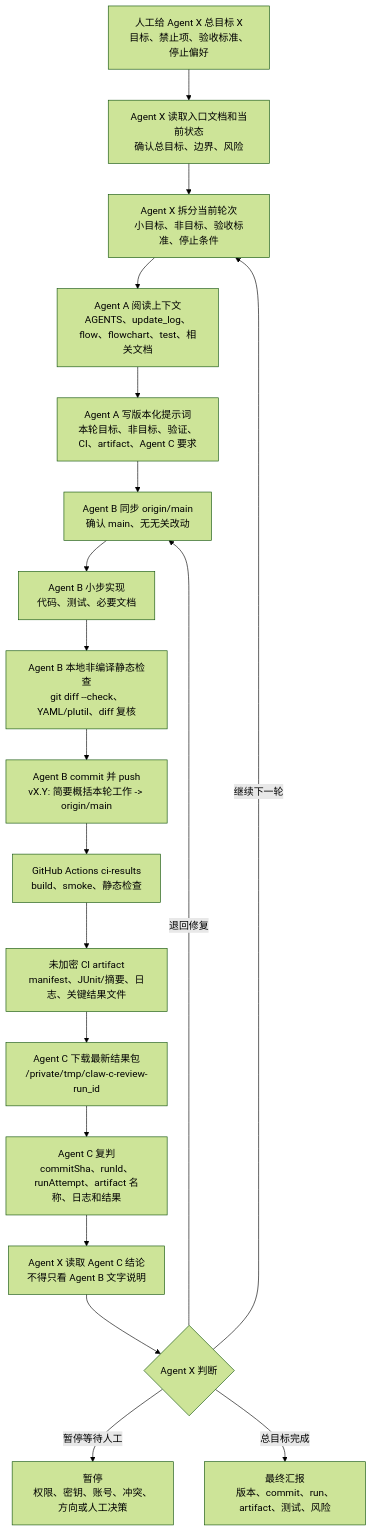
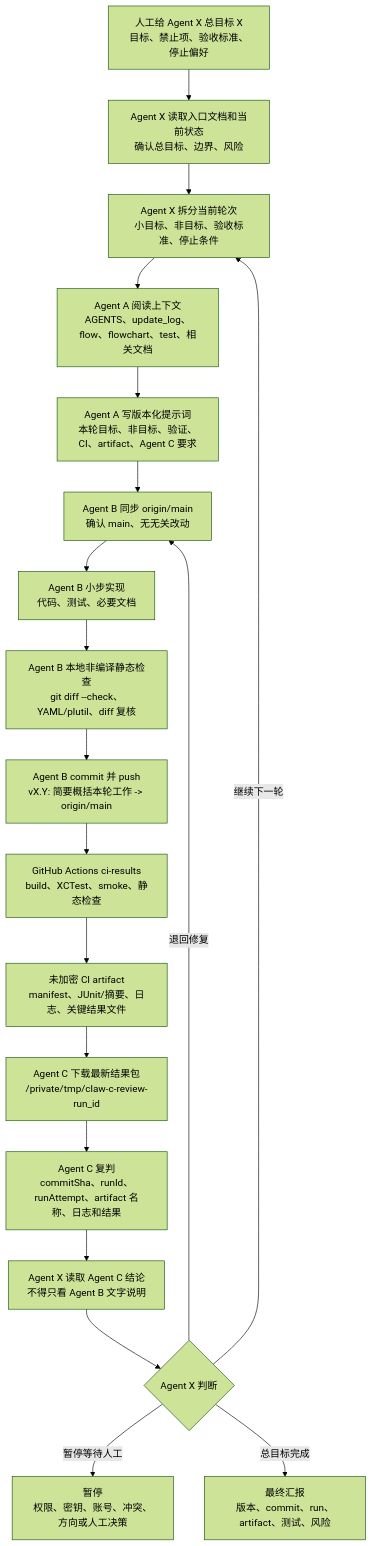
Before and after one commit to Altman-sam114/115: the fourth of 4 diagrams in md/flow/flowchart.md, drawn with Mermaid (forest theme). The commit also changed other lines of this file and 16 other files, not shown here.

````diff
--- a/md/flow/flowchart.md
+++ b/md/flow/flowchart.md
@@ -120,21 +152,21 @@
 ```mermaid
 flowchart TD
   H["人工给 Agent X 总目标 X<br/>目标、禁止项、验收标准、停止偏好"] --> X0["Agent X 读取入口文档和当前状态<br/>确认总目标、边界、风险"]
   X0 --> X1["Agent X 拆分当前轮次<br/>小目标、非目标、验收标准、停止条件"]
   X1 --> A0["Agent A 阅读上下文<br/>AGENTS、update_log、flow、flowchart、test、相关文档"]
   A0 --> A1["Agent A 写版本化提示词<br/>本轮目标、非目标、验证、CI、artifact、Agent C 要求"]
   A1 --> B0["Agent B 同步 origin/main<br/>确认 main、无无关改动"]
   B0 --> B1["Agent B 小步实现<br/>代码、测试、必要文档"]
   B1 --> B2["Agent B 本地非编译静态检查<br/>git diff --check、YAML/plutil、diff 复核"]
   B2 --> B3["Agent B commit 并 push<br/>vX.Y: 简要概括本轮工作 -> origin/main"]
-  B3 --> CI["GitHub Actions ci-results<br/>build、smoke、静态检查"]
+  B3 --> CI["GitHub Actions ci-results<br/>build、XCTest、smoke、静态检查"]
   CI --> ART["未加密 CI artifact<br/>manifest、JUnit/摘要、日志、关键结果文件"]
   ART --> C0["Agent C 下载最新结果包<br/>/private/tmp/claw-c-review-run_id"]
   C0 --> C1["Agent C 复判<br/>commitSha、runId、runAttempt、artifact 名称、日志和结果"]
   C1 --> X2["Agent X 读取 Agent C 结论<br/>不得只看 Agent B 文字说明"]
   X2 --> J{"Agent X 判断"}
   J -->|继续下一轮| X1
   J -->|退回修复| B0
   J -->|暂停等待人工| WAIT["暂停<br/>权限、密钥、账号、冲突、方向或人工决策"]
   J -->|总目标完成| REPORT["最终汇报<br/>版本、commit、run、artifact、测试、风险"]
 ```
````
